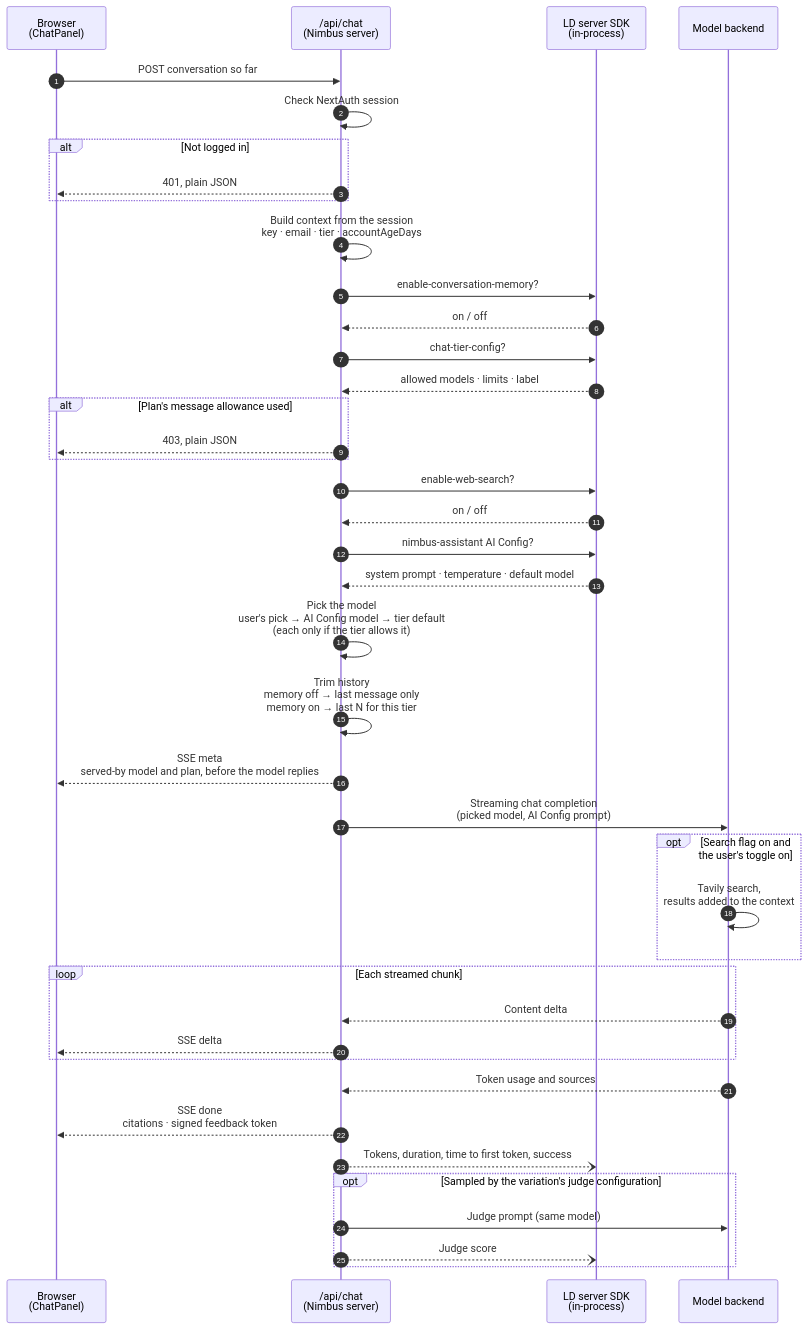
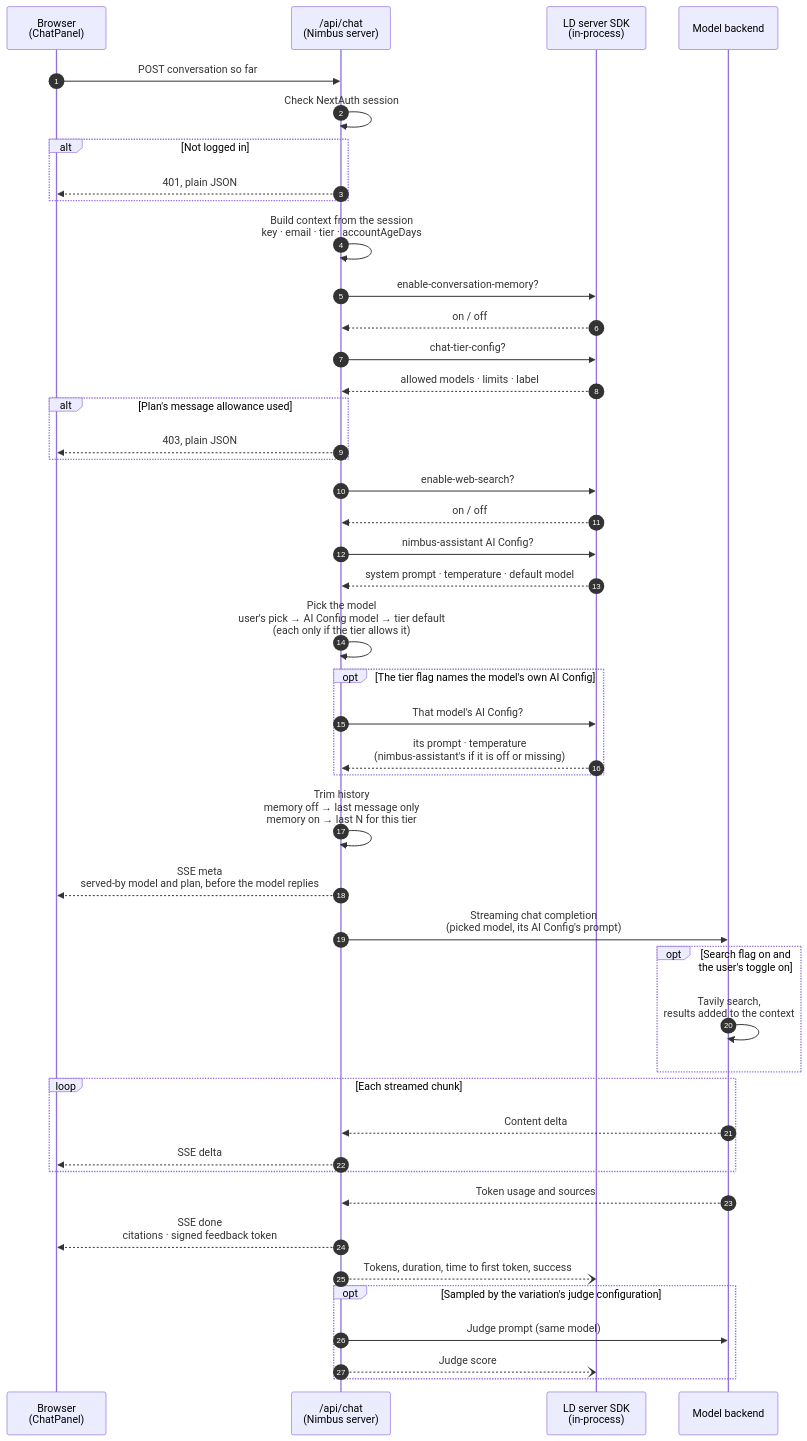
One commit to hiddenintel-rc/nimbus-ai-sample changed the third of 6 diagrams in docs/ARCHITECTURE.md. Above: the diagram before and after it, drawn with Mermaid. The commit also changed other lines of this file and 6 other files, not shown here.

First line of the commit message:
Give each model its own AI Config so feedback is tracked per model.

````diff
--- a/docs/ARCHITECTURE.md
+++ b/docs/ARCHITECTURE.md
@@ -114,47 +114,51 @@
 ```mermaid
 sequenceDiagram
     accTitle: Chat request flow
     accDescr: The browser posts the conversation to /api/chat. The route checks the session, builds a LaunchDarkly context from it, evaluates the memory flag, the tier flag, the web search flag and the AI Config locally, trims the history, and opens a server-sent event stream. It sends the served-by caption before the model answers, then forwards each streamed chunk. When the stream ends it sends citations and a signed feedback token, records AI metrics, and may run a sampled judge.
     autonumber
 
     participant B as Browser<br/>(ChatPanel)
     participant R as /api/chat<br/>(Nimbus server)
     participant SDK as LD server SDK<br/>(in-process)
     participant M as Model backend
 
     B->>R: POST conversation so far
     R->>R: Check NextAuth session
     alt Not logged in
         R-->>B: 401, plain JSON
     end
     R->>R: Build context from the session<br/>key · email · tier · accountAgeDays
     R->>SDK: enable-conversation-memory?
     SDK-->>R: on / off
     R->>SDK: chat-tier-config?
     SDK-->>R: allowed models · limits · label
     alt Plan's message allowance used
         R-->>B: 403, plain JSON
     end
     R->>SDK: enable-web-search?
     SDK-->>R: on / off
     R->>SDK: nimbus-assistant AI Config?
     SDK-->>R: system prompt · temperature · default model
     R->>R: Pick the model<br/>user's pick → AI Config model → tier default<br/>(each only if the tier allows it)
+    opt The tier flag names the model's own AI Config
+        R->>SDK: That model's AI Config?
+        SDK-->>R: its prompt · temperature<br/>(nimbus-assistant's if it is off or missing)
+    end
     R->>R: Trim history<br/>memory off → last message only<br/>memory on → last N for this tier
     R-->>B: SSE meta<br/>served-by model and plan, before the model replies
-    R->>M: Streaming chat completion<br/>(picked model, AI Config prompt)
+    R->>M: Streaming chat completion<br/>(picked model, its AI Config's prompt)
     opt Search flag on and the user's toggle on
         M->>M: Tavily search,<br/>results added to the context
     end
     loop Each streamed chunk
         M-->>R: Content delta
         R-->>B: SSE delta
     end
     M-->>R: Token usage and sources
     R-->>B: SSE done<br/>citations · signed feedback token
     R--)SDK: Tokens, duration, time to first token, success
     opt Sampled by the variation's judge configuration
         R->>M: Judge prompt (same model)
         R--)SDK: Judge score
     end
 ```
````
